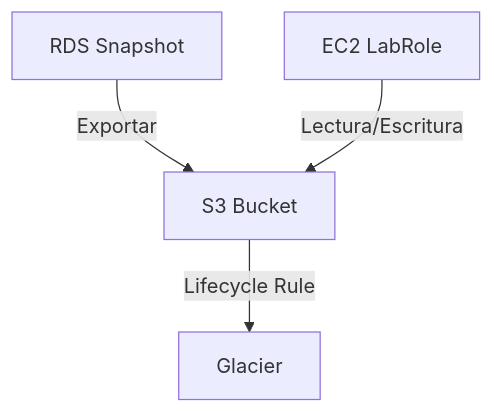
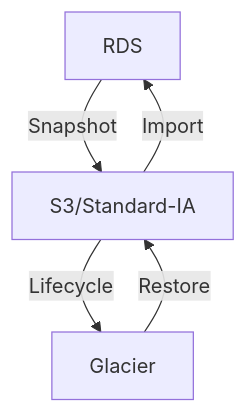
The second of 5 diagrams in Portafolio/M5/Portafolio_Arquitecturas_Cloud_básicas.md (TheNefelin/TalentoDigital_CloudArchitecture_2025), drawn with Mermaid before and after one commit. The commit also changed other lines of this file and 2 other files, not shown here.

````diff
--- a/Portafolio/M5/Portafolio_Arquitecturas_Cloud_básicas.md
+++ b/Portafolio/M5/Portafolio_Arquitecturas_Cloud_básicas.md
@@ -80,6 +78,7 @@
 ```mermaid
 flowchart TD
-    A[RDS Snapshot] -->|Exportar| B[S3 Bucket]
-    B -->|Lifecycle Rule| C[Glacier]
-    D[EC2 LabRole] -->|Lectura/Escritura| B
+  A[RDS] -->|Snapshot| B[S3/Standard-IA]
+  B -->|Lifecycle| C[Glacier]
+  C -->|Restore| B
+  B -->|Import| A
 ```
````
